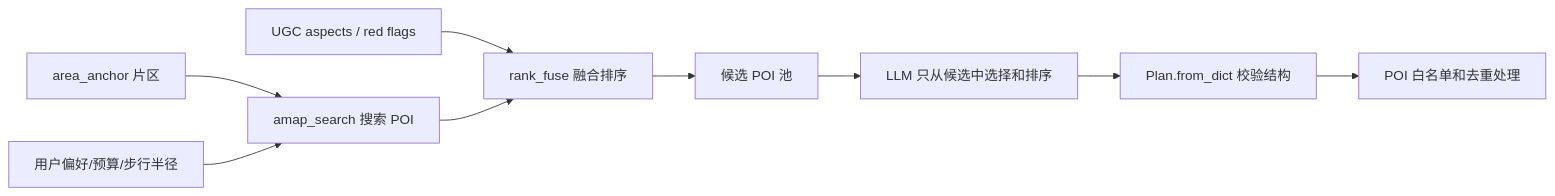
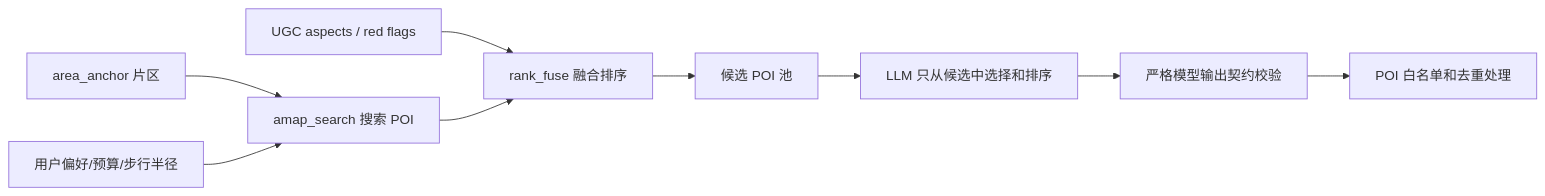
The second of 5 diagrams in docs/submission/FLOWCHART.md (estelledc/bj-pal), drawn with Mermaid before and after one commit. The commit also changed 17 other files, not shown here.

````diff
--- a/docs/submission/FLOWCHART.md
+++ b/docs/submission/FLOWCHART.md
@@ -21,11 +21,11 @@
 ```mermaid
 flowchart LR
     A[area_anchor 片区] --> B[amap_search 搜索 POI]
     C[用户偏好/预算/步行半径] --> B
     D[UGC aspects / red flags] --> E[rank_fuse 融合排序]
     B --> E
     E --> F[候选 POI 池]
     F --> G[LLM 只从候选中选择和排序]
-    G --> H[Plan.from_dict 校验结构]
+    G --> H[严格模型输出契约校验]
     H --> I[POI 白名单和去重处理]
 ```
````
